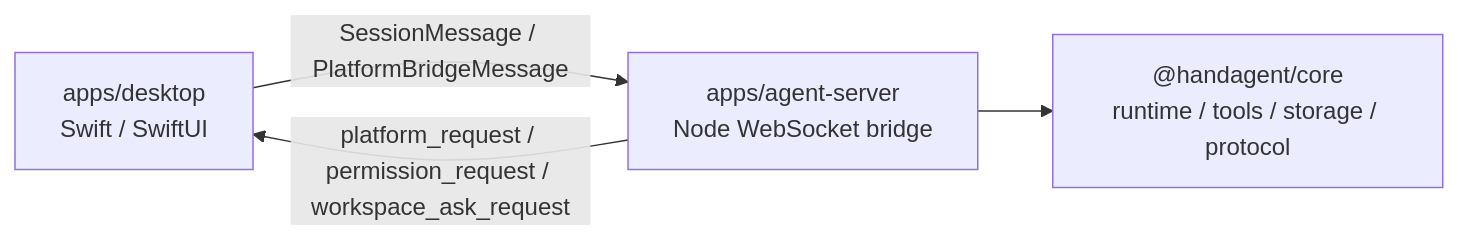
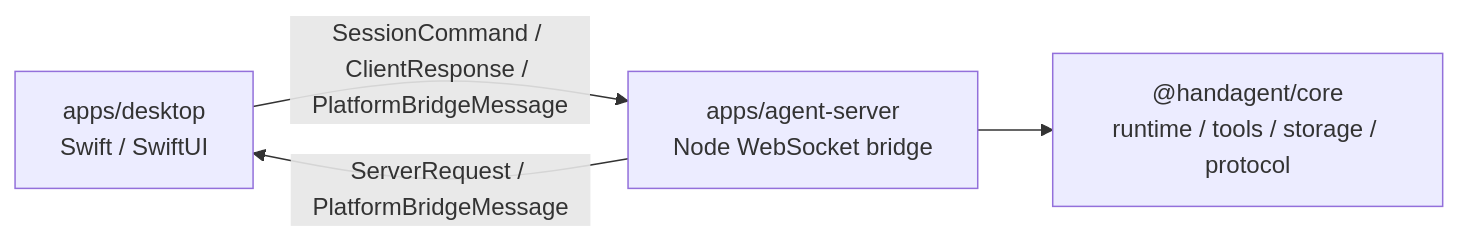
The first of 2 diagrams in apps/agent-server/agent-server.md (Lixuhang987/SpotAgent), drawn with Mermaid before and after one commit. The commit also changed other lines of this file and 38 other files, not shown here.

Commit message:
refactor session flow to shared connection and command-event protocol

````diff
--- a/apps/agent-server/agent-server.md
+++ b/apps/agent-server/agent-server.md
@@ -16,6 +16,6 @@
 ```mermaid
 flowchart LR
-  A["apps/desktop<br/>Swift / SwiftUI"] -->|"SessionMessage / PlatformBridgeMessage"| B["apps/agent-server<br/>Node WebSocket bridge"]
+  A["apps/desktop<br/>Swift / SwiftUI"] -->|"SessionCommand / ClientResponse / PlatformBridgeMessage"| B["apps/agent-server<br/>Node WebSocket bridge"]
   B --> C["@handagent/core<br/>runtime / tools / storage / protocol"]
-  B -->|"platform_request / permission_request / workspace_ask_request"| A
+  B -->|"ServerRequest / PlatformBridgeMessage"| A
 ```
````
